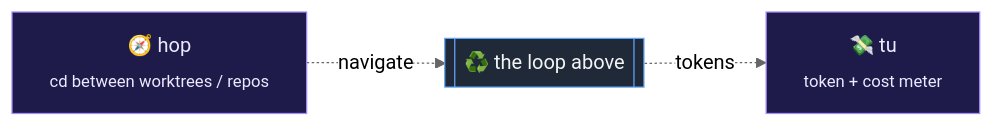
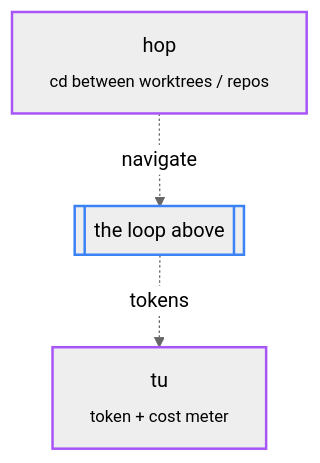
The second of 2 diagrams in README.md (sahil87/sahil87), drawn with Mermaid (neutral theme) before and after one commit. The commit also changed other lines of this file, not shown here.

First line of the commit message:
docs: optimize mermaid diagrams for mobile

````diff
--- a/README.md
+++ b/README.md
@@ -56,10 +53,10 @@
 ```mermaid
-flowchart LR
-    hop["🧭 hop<br/><sub>cd between worktrees / repos</sub>"] -.->|navigate| loop[["♻️ the loop above"]]
-    loop -.->|tokens| tu["💸 tu<br/><sub>token + cost meter</sub>"]
+flowchart TB
+    hop["hop<br/><sub>cd between worktrees / repos</sub>"] -.->|navigate| loop[["the loop above"]]
+    loop -.->|tokens| tu["tu<br/><sub>token + cost meter</sub>"]
 
-    classDef ambient fill:#1e1b4b,stroke:#a78bfa,color:#ede9fe;
-    classDef loopnode fill:#1f2937,stroke:#60a5fa,color:#f3f4f6;
+    classDef ambient stroke:#a855f7,stroke-width:2px;
+    classDef loopnode stroke:#3b82f6,stroke-width:2px;
     class hop,tu ambient;
     class loop loopnode;
 ```
````
